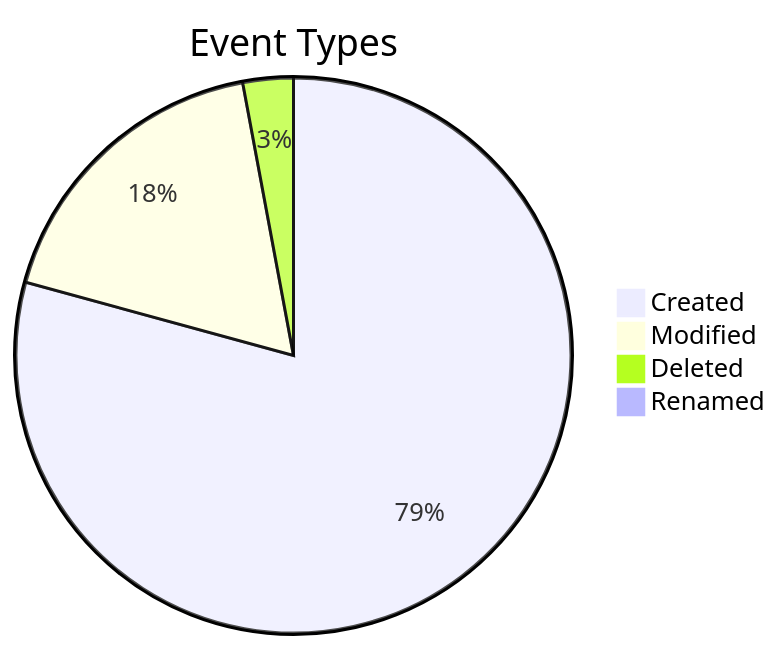
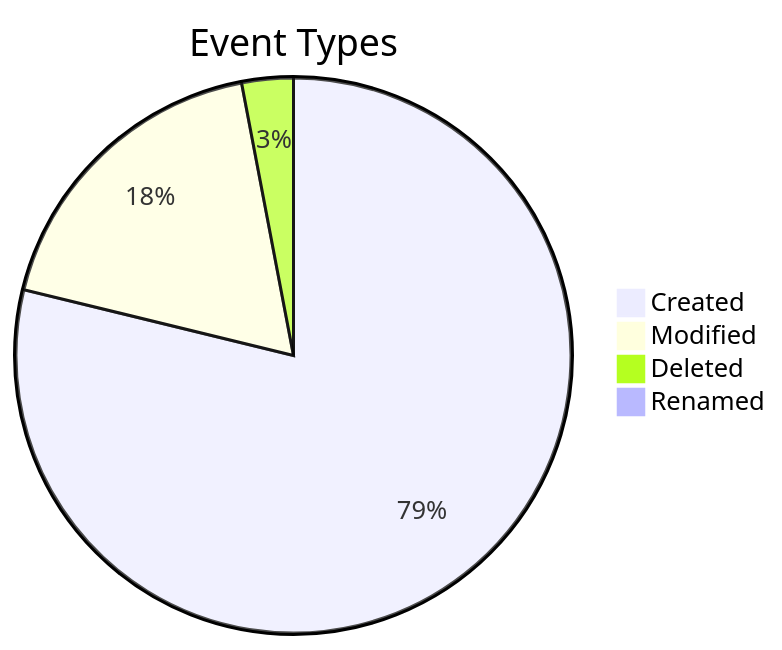
One commit to aetrigg/obsidian-universe-public changed the diagram in OBSERVATORIES/Activity Observatory.md. Above: the diagram before and after it, drawn with Mermaid. The commit also changed other lines of this file, not shown here.

````diff
--- a/OBSERVATORIES/Activity Observatory.md
+++ b/OBSERVATORIES/Activity Observatory.md
@@ -32,8 +32,8 @@
 ```mermaid
 pie
     title Event Types
-    "Created" : 22893
-    "Modified" : 5146
-    "Deleted" : 847
-    "Renamed" : 97
+    "Created" : 22223
+    "Modified" : 5130
+    "Deleted" : 845
+    "Renamed" : 81
 ```
````
